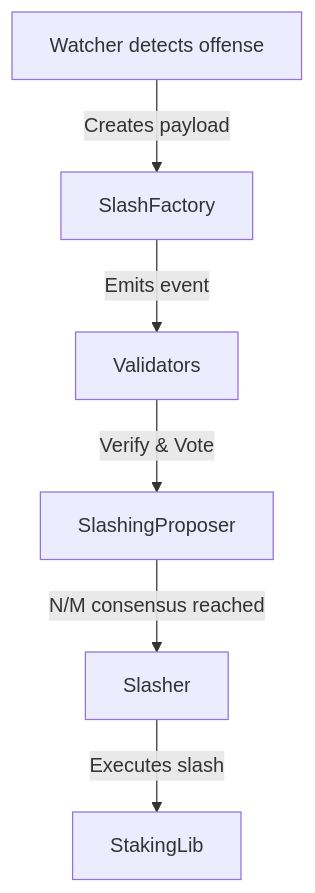
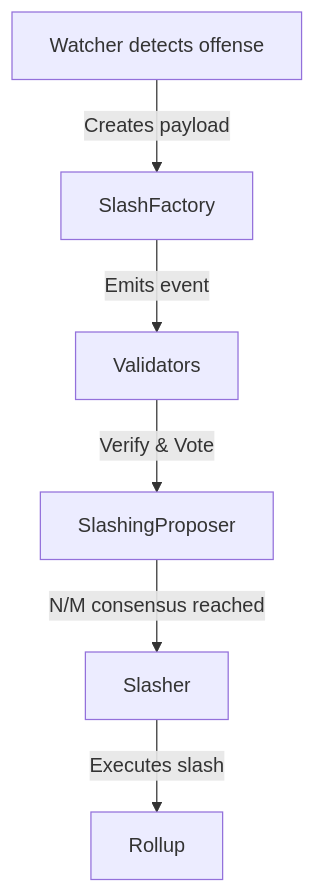
The first of 2 diagrams in docs/docs/the_aztec_network/concepts/proof_of_stake/slashing.md (AztecProtocol/aztec-packages), drawn with Mermaid before and after one commit. The commit also changed other lines of this file and 3 other files, not shown here.

````diff
--- a/docs/docs/the_aztec_network/concepts/proof_of_stake/slashing.md
+++ b/docs/docs/the_aztec_network/concepts/proof_of_stake/slashing.md
@@ -25,8 +25,8 @@
 ```mermaid
 flowchart TD
     Watcher[Watcher detects offense] -->|Creates payload| SlashFactory
     SlashFactory -->|Emits event| Validators[Validators]
     Validators -->|Verify & Vote| SlashingProposer
     SlashingProposer -->|N/M consensus reached| Slasher
-    Slasher -->|Executes slash| StakingLib
+    Slasher -->|Executes slash| Rollup
 ```
````
